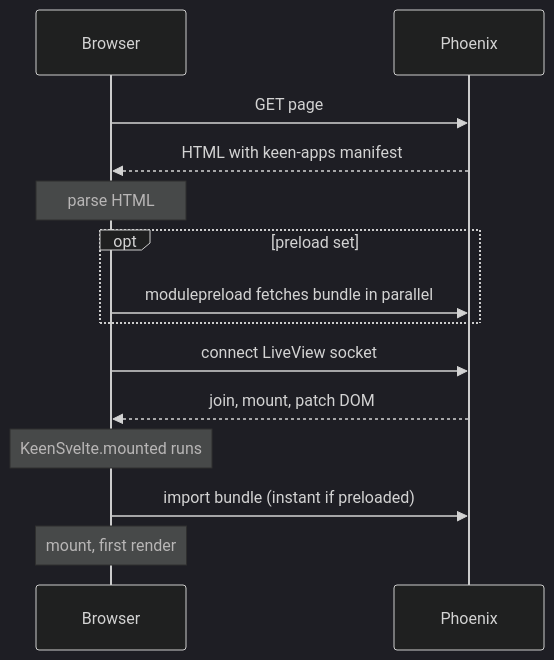
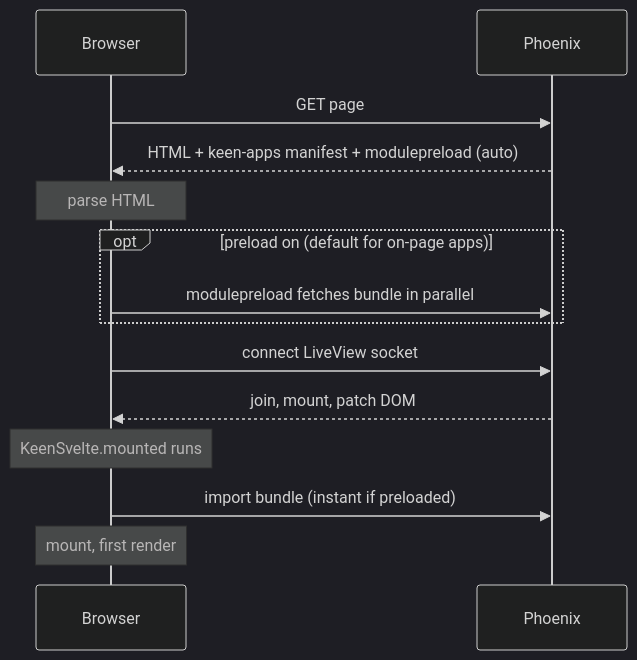
One commit to KeenMate/keen-phoenix-svelte changed the second of 2 diagrams in keen_phoenix_svelte/docs/external-apps.md. Above: the diagram before and after it, drawn with Mermaid (dark theme). The commit also changed other lines of this file and 7 other files, not shown here.

First line of the commit message:
rc.5 WIP: auto preload, vite helper fix, drop framework attr, doc fixes

````diff
--- a/keen_phoenix_svelte/docs/external-apps.md
+++ b/keen_phoenix_svelte/docs/external-apps.md
@@ -48,16 +50,16 @@
 ```mermaid
 sequenceDiagram
   participant B as Browser
   participant P as Phoenix
   B->>P: GET page
-  P-->>B: HTML with keen-apps manifest
+  P-->>B: HTML + keen-apps manifest + modulepreload (auto)
   Note over B: parse HTML
-  opt preload set
+  opt preload on (default for on-page apps)
     B->>P: modulepreload fetches bundle in parallel
   end
   B->>P: connect LiveView socket
   P-->>B: join, mount, patch DOM
   Note over B: KeenSvelte.mounted runs
   B->>P: import bundle (instant if preloaded)
   Note over B: mount, first render
 ```
````
